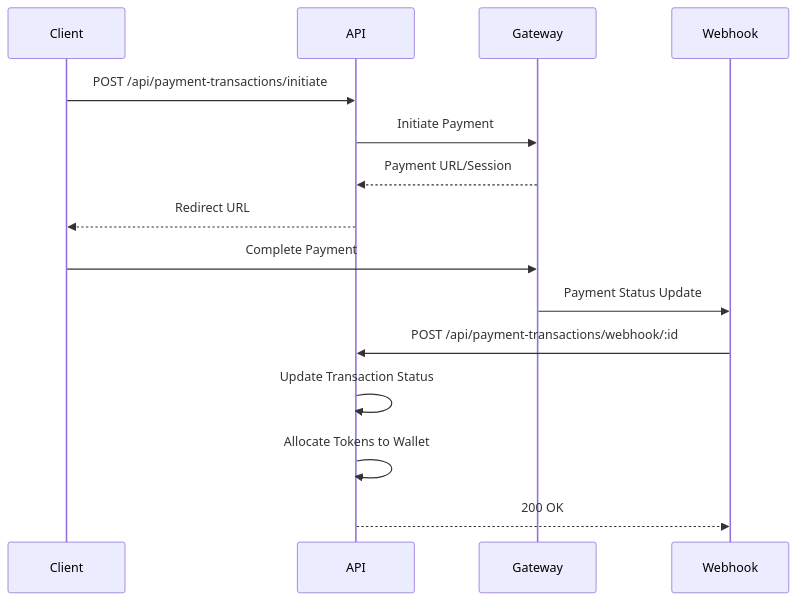
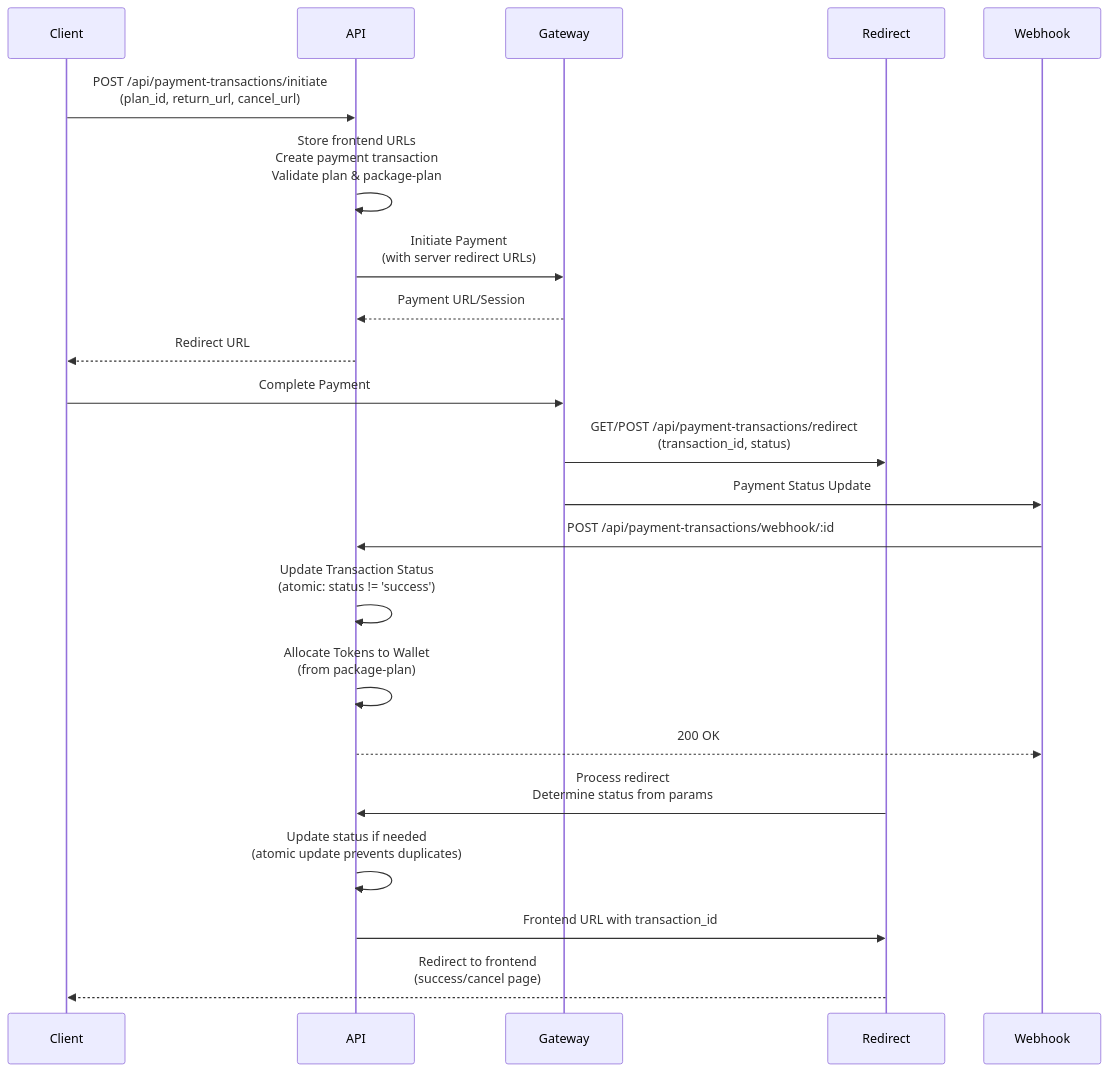
The third of 3 diagrams in README.md (foysalahmedmin/zaaz-server), drawn with Mermaid before and after one commit. The commit also changed other lines of this file and 3 other files, not shown here.

````diff
--- a/README.md
+++ b/README.md
@@ -751,19 +775,26 @@
 ```mermaid
 sequenceDiagram
     participant Client
     participant API
     participant Gateway
+    participant Redirect
     participant Webhook
 
-    Client->>API: POST /api/payment-transactions/initiate
-    API->>Gateway: Initiate Payment
+    Client->>API: POST /api/payment-transactions/initiate<br/>(plan_id, return_url, cancel_url)
+    API->>API: Store frontend URLs<br/>Create payment transaction<br/>Validate plan & package-plan
+    API->>Gateway: Initiate Payment<br/>(with server redirect URLs)
     Gateway-->>API: Payment URL/Session
     API-->>Client: Redirect URL
 
     Client->>Gateway: Complete Payment
+    Gateway->>Redirect: GET/POST /api/payment-transactions/redirect<br/>(transaction_id, status)
     Gateway->>Webhook: Payment Status Update
     Webhook->>API: POST /api/payment-transactions/webhook/:id
-    API->>API: Update Transaction Status
-    API->>API: Allocate Tokens to Wallet
+    API->>API: Update Transaction Status<br/>(atomic: status != 'success')
+    API->>API: Allocate Tokens to Wallet<br/>(from package-plan)
     API-->>Webhook: 200 OK
+    Redirect->>API: Process redirect<br/>Determine status from params
+    API->>API: Update status if needed<br/>(atomic update prevents duplicates)
+    API->>Redirect: Frontend URL with transaction_id
+    Redirect-->>Client: Redirect to frontend<br/>(success/cancel page)
 ```
````
